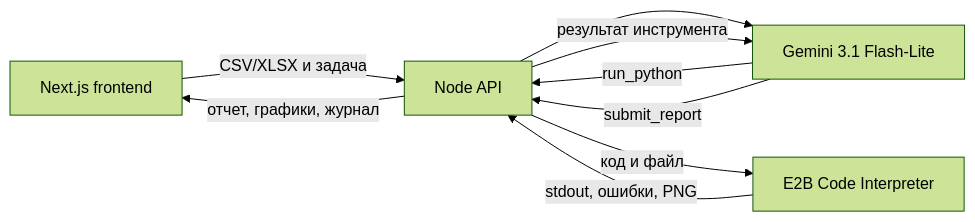
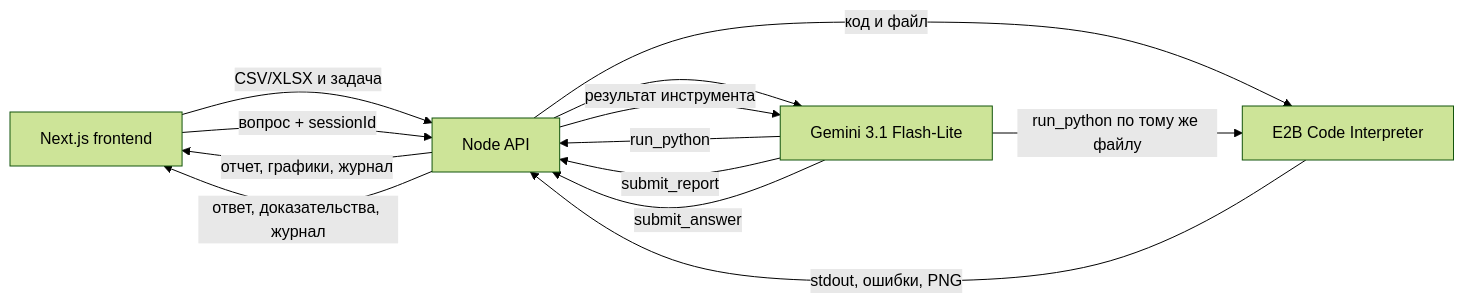
The diagram in README.md (linsivs/llm-agent), drawn with Mermaid (forest theme) before and after one commit. The commit also changed other lines of this file and 2 other files, not shown here.

````diff
--- a/README.md
+++ b/README.md
@@ -26,11 +20,15 @@
 ```mermaid
 flowchart LR
     A[Next.js frontend] -->|CSV/XLSX и задача| B[Node API]
     B --> C[Gemini 3.1 Flash-Lite]
     C -->|run_python| B
     B -->|код и файл| D[E2B Code Interpreter]
     D -->|stdout, ошибки, PNG| B
     B -->|результат инструмента| C
     C -->|submit_report| B
     B -->|отчет, графики, журнал| A
+    A -->|вопрос + sessionId| B
+    C -->|run_python по тому же файлу| D
+    C -->|submit_answer| B
+    B -->|ответ, доказательства, журнал| A
 ```
````
